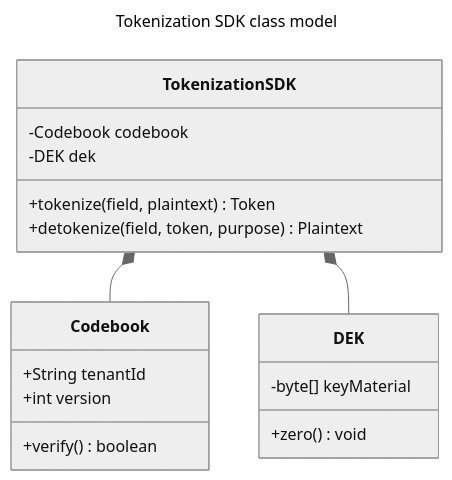
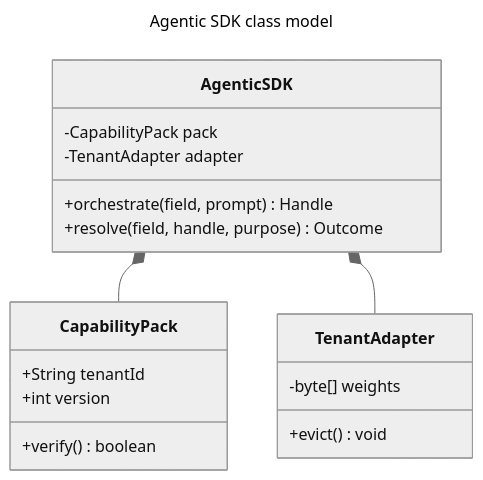
One commit to SlideWright/lattice changed the third of 25 diagrams in lib/components/diagram/diagram/diagram.gallery.md. Above: the diagram before and after it, drawn with Mermaid (neutral theme). The commit also changed other lines of this file and 75 other files, not shown here.

````diff
--- a/lib/components/diagram/diagram/diagram.gallery.md
+++ b/lib/components/diagram/diagram/diagram.gallery.md
@@ -108,23 +108,23 @@
 ```mermaid
 ---
-title: Tokenization SDK class model
+title: Agentic SDK class model
 ---
 classDiagram
-  class TokenizationSDK {
-    -Codebook codebook
-    -DEK dek
-    +tokenize(field, plaintext) Token
-    +detokenize(field, token, purpose) Plaintext
+  class AgenticSDK {
+    -CapabilityPack pack
+    -TenantAdapter adapter
+    +orchestrate(field, prompt) Handle
+    +resolve(field, handle, purpose) Outcome
   }
-  class Codebook {
+  class CapabilityPack {
     +String tenantId
     +int version
     +verify() boolean
   }
-  class DEK {
-    -byte[] keyMaterial
-    +zero() void
+  class TenantAdapter {
+    -byte[] weights
+    +evict() void
   }
-  TokenizationSDK *-- Codebook
-  TokenizationSDK *-- DEK
+  AgenticSDK *-- CapabilityPack
+  AgenticSDK *-- TenantAdapter
 ```
````
